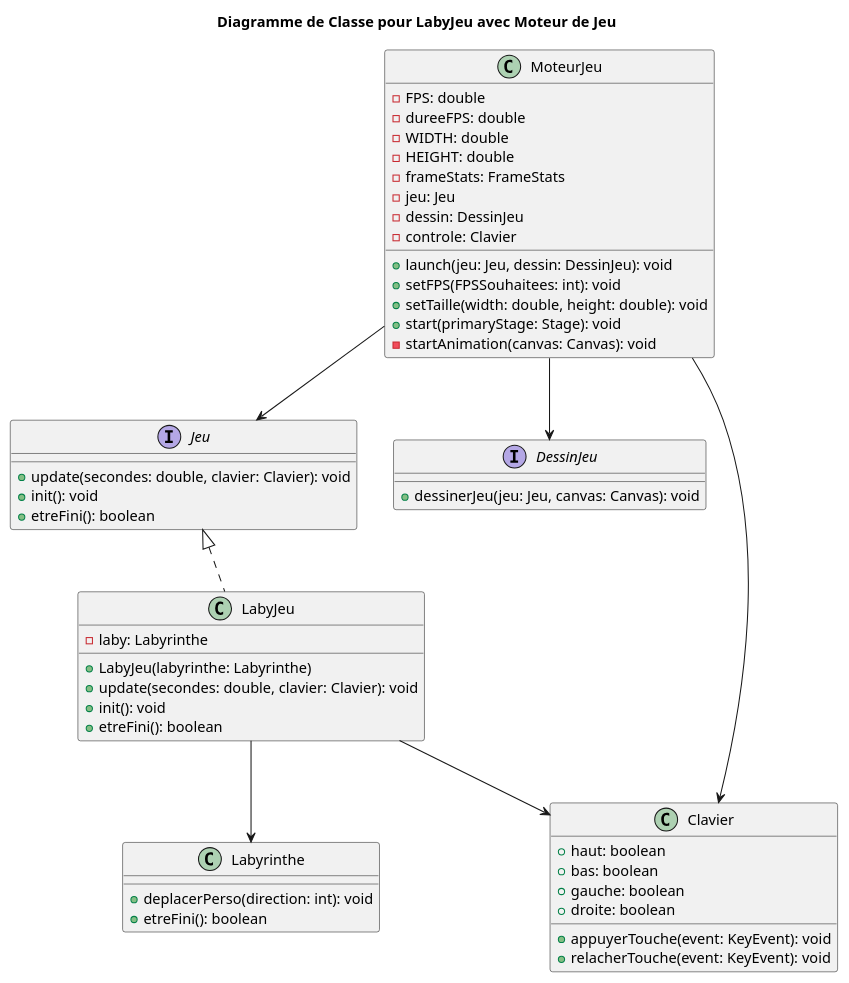
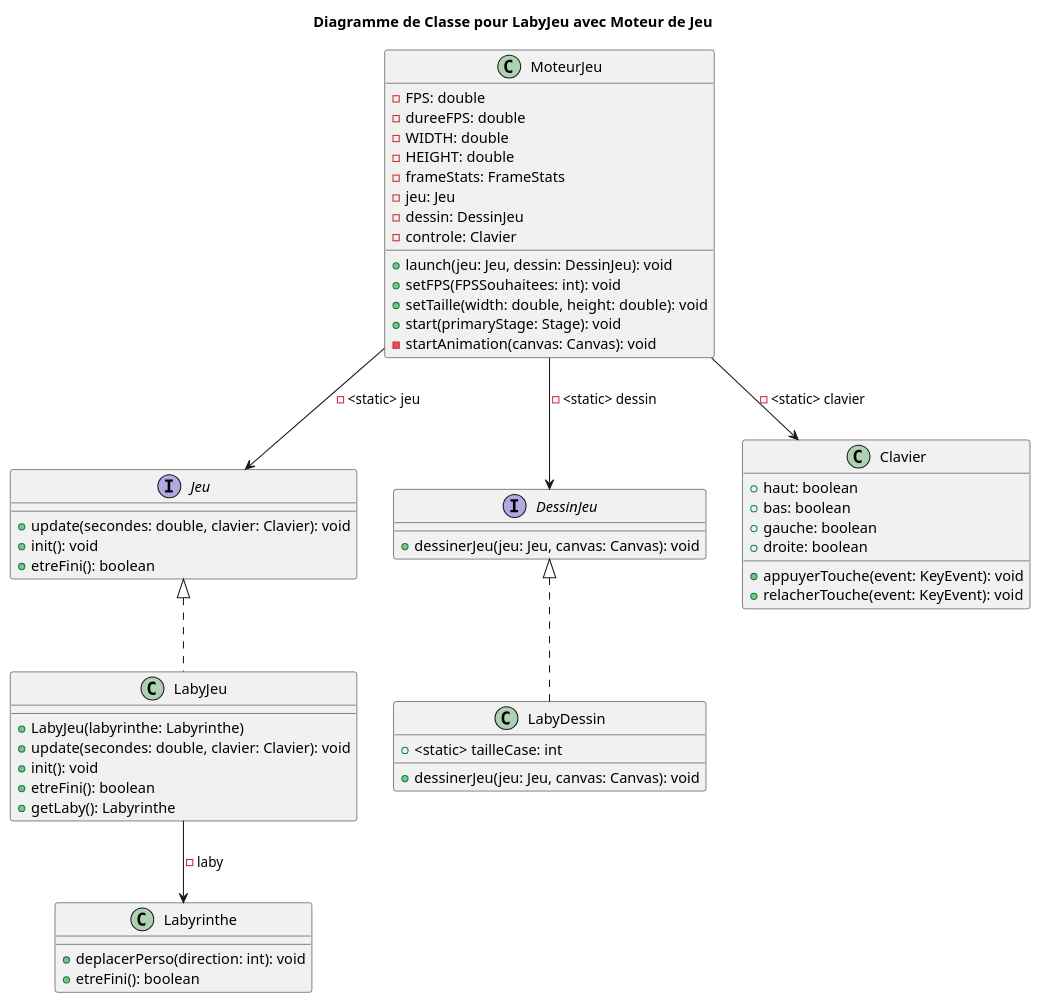
Before and after one commit to adrienMGN/2024_Zeldiablo_mangin225u_dewasch2u_favier36u_fontaine_noel332u: the diagram in zeldiablo/src/gameLaby/Fonctionnement_Diag.puml, drawn with PlantUML. The commit also changed 2 other files, not shown here.

Commit message:
diagrammes preparation

```diff
--- a/zeldiablo/src/gameLaby/Fonctionnement_Diag.puml
+++ b/zeldiablo/src/gameLaby/Fonctionnement_Diag.puml
@@ -1,59 +1,64 @@
 @startuml
 title Diagramme de Classe pour LabyJeu avec Moteur de Jeu
 
 interface Jeu {
     +update(secondes: double, clavier: Clavier): void
     +init(): void
     +etreFini(): boolean
 }
 
 interface DessinJeu {
     +dessinerJeu(jeu: Jeu, canvas: Canvas): void
 }
 
 class LabyJeu {
-    -laby: Labyrinthe
     +LabyJeu(labyrinthe: Labyrinthe)
     +update(secondes: double, clavier: Clavier): void
     +init(): void
     +etreFini(): boolean
+    +getLaby(): Labyrinthe
+}
+
+class LabyDessin {
+    +<static> tailleCase: int
+    +dessinerJeu(jeu: Jeu, canvas: Canvas): void
 }
 
 class Labyrinthe {
     +deplacerPerso(direction: int): void
     +etreFini(): boolean
 }
 
 class Clavier {
     +haut: boolean
     +bas: boolean
     +gauche: boolean
     +droite: boolean
     +appuyerTouche(event: KeyEvent): void
     +relacherTouche(event: KeyEvent): void
 }
 
 class MoteurJeu {
     -FPS: double
     -dureeFPS: double
     -WIDTH: double
     -HEIGHT: double
     -frameStats: FrameStats
     -jeu: Jeu
     -dessin: DessinJeu
     -controle: Clavier
     +launch(jeu: Jeu, dessin: DessinJeu): void
     +setFPS(FPSSouhaitees: int): void
     +setTaille(width: double, height: double): void
     +start(primaryStage: Stage): void
     -startAnimation(canvas: Canvas): void
 }
 
 Jeu <|.. LabyJeu
-LabyJeu --> Labyrinthe
-LabyJeu --> Clavier
-MoteurJeu --> Jeu
-MoteurJeu --> DessinJeu
-MoteurJeu --> Clavier
+LabyJeu --> Labyrinthe : -laby
+MoteurJeu --> Jeu : -<static> jeu
+MoteurJeu --> DessinJeu : -<static> dessin
+MoteurJeu --> Clavier : -<static> clavier
+DessinJeu <|.. LabyDessin
 
 @enduml
```
